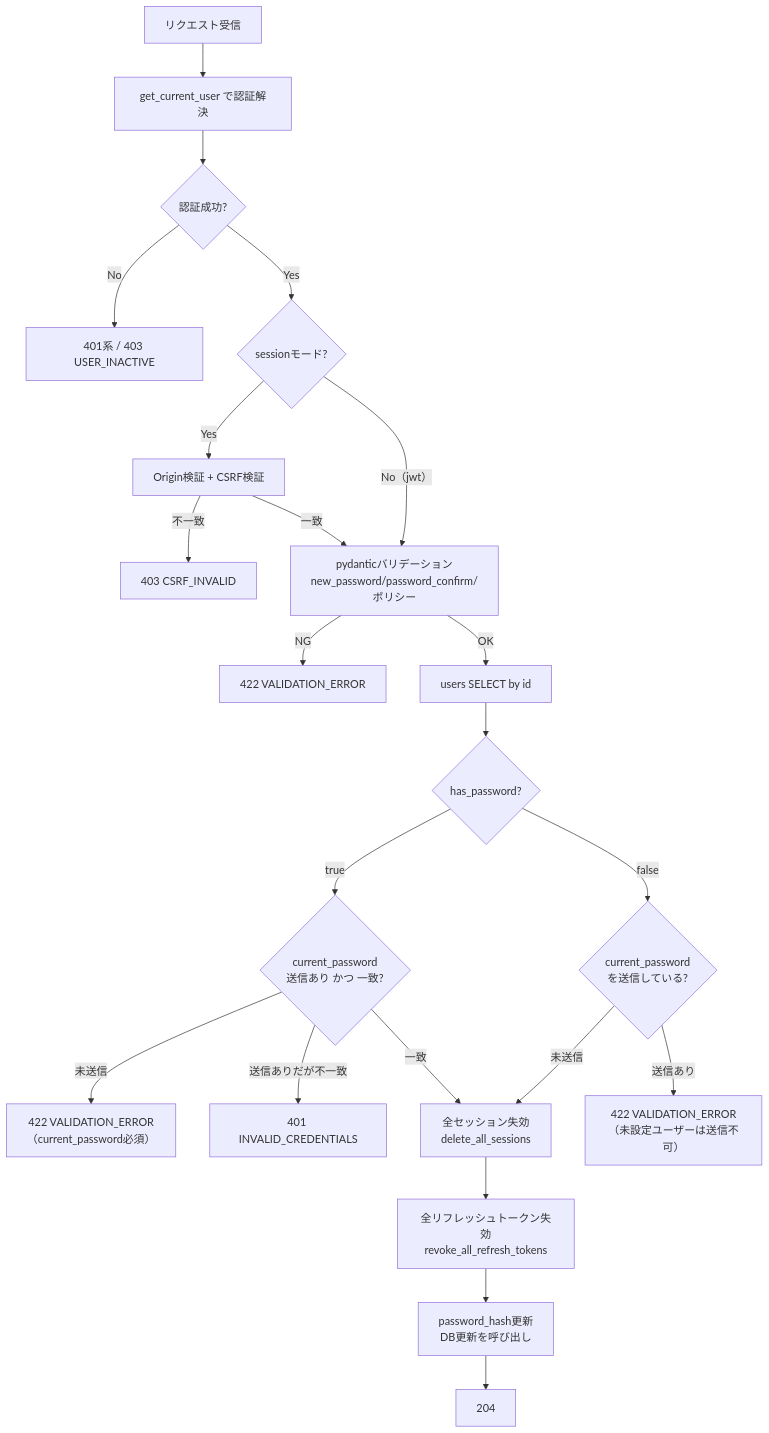
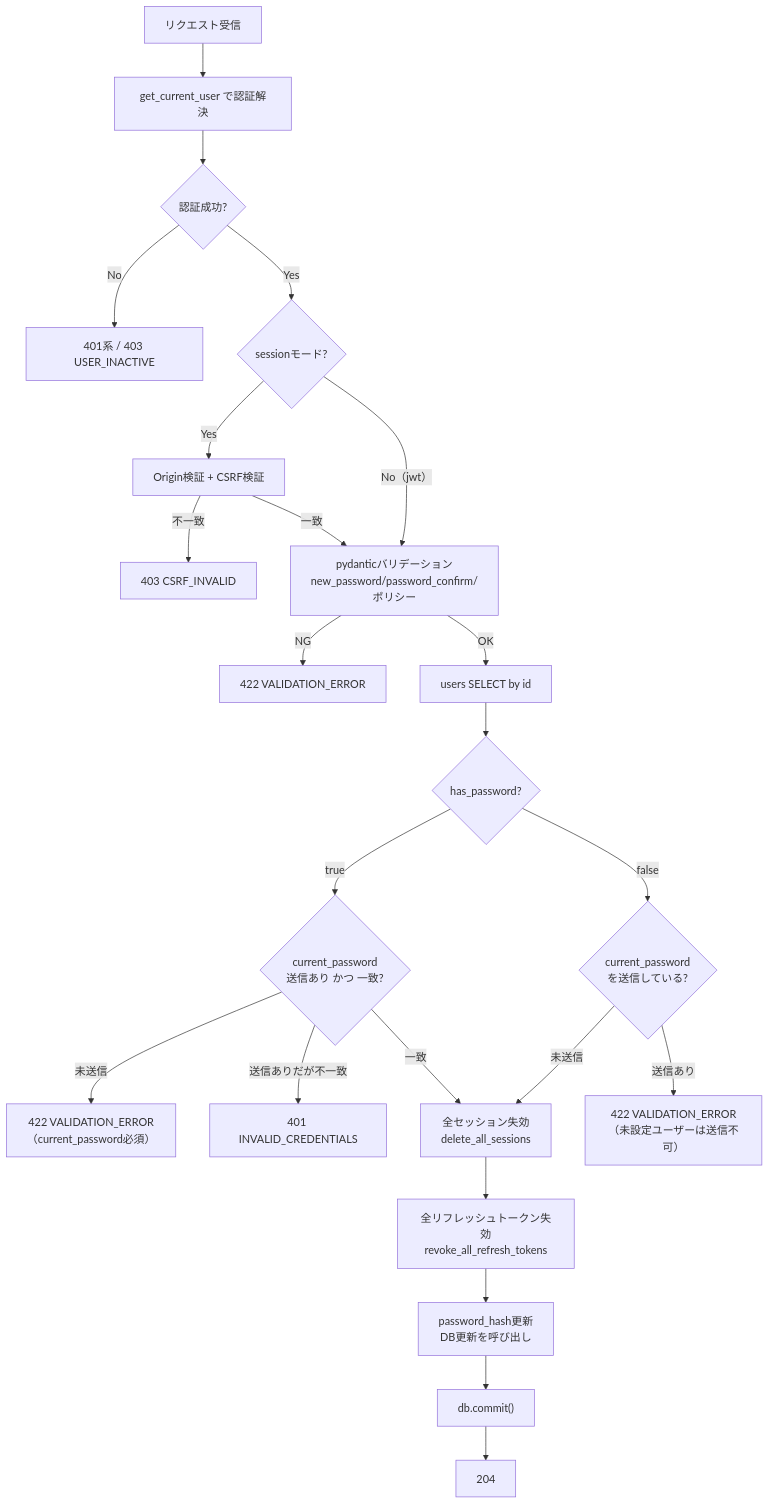
Before and after one commit to oikawa-d/task_management: the second of 4 diagrams in docs/detailed_design/api/users/03_put_users_me_password.md, drawn with Mermaid. The commit also changed other lines of this file and 80 other files, not shown here.

````diff
--- a/docs/detailed_design/api/users/03_put_users_me_password.md
+++ b/docs/detailed_design/api/users/03_put_users_me_password.md
@@ -130,24 +135,25 @@
 ```mermaid
 flowchart TB
     A["リクエスト受信"] --> B["get_current_user で認証解決"]
     B --> C{"認証成功?"}
     C -->|"No"| E1["401系 / 403 USER_INACTIVE"]
     C -->|"Yes"| D{"sessionモード?"}
     D -->|"Yes"| E["Origin検証 + CSRF検証"]
     E -->|"不一致"| E2["403 CSRF_INVALID"]
     E -->|"一致"| F["pydanticバリデーション<br/>new_password/password_confirm/ポリシー"]
     D -->|"No（jwt）"| F
     F -->|"NG"| E3["422 VALIDATION_ERROR"]
     F -->|"OK"| G["users SELECT by id"]
     G --> H{"has_password?"}
     H -->|"true"| I{"current_password<br/>送信あり かつ 一致?"}
     I -->|"未送信"| E4["422 VALIDATION_ERROR<br/>（current_password必須）"]
     I -->|"送信ありだが不一致"| E5["401 INVALID_CREDENTIALS"]
     I -->|"一致"| J["全セッション失効<br/>delete_all_sessions"]
     H -->|"false"| K{"current_password<br/>を送信している?"}
     K -->|"送信あり"| E6["422 VALIDATION_ERROR<br/>（未設定ユーザーは送信不可）"]
     K -->|"未送信"| J
     J --> L["全リフレッシュトークン失効<br/>revoke_all_refresh_tokens"]
     L --> M["password_hash更新<br/>DB更新を呼び出し"]
-    M --> N["204"]
+    M --> N["db.commit()"]
+    N --> O["204"]
 ```
````
